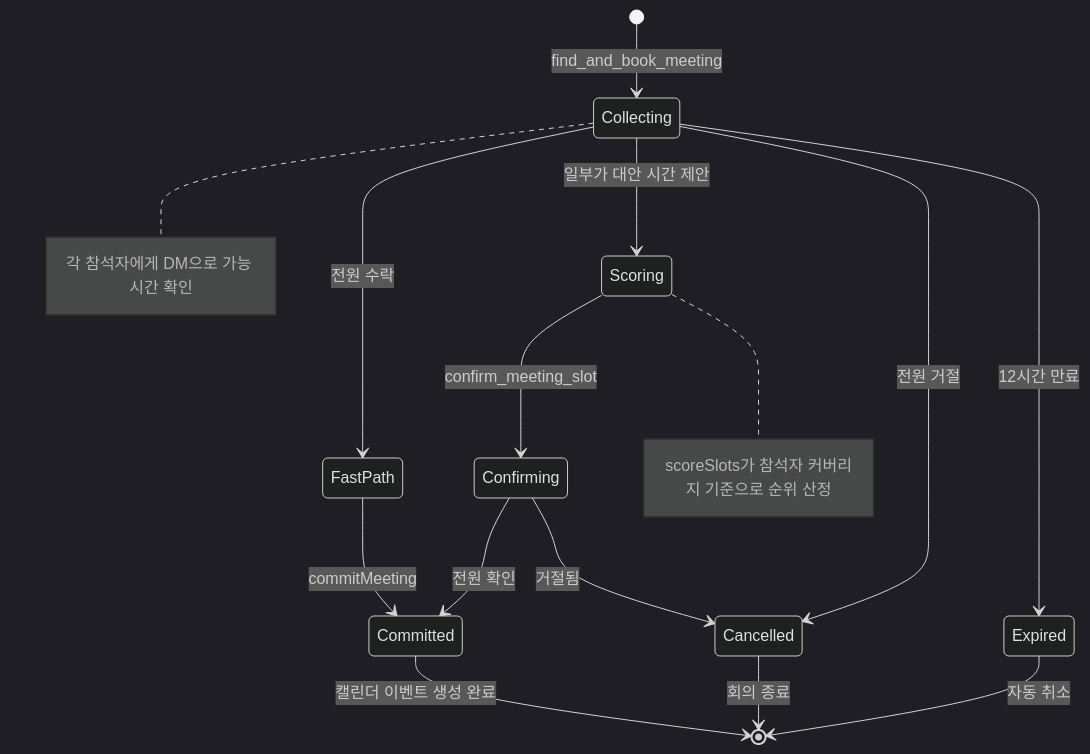
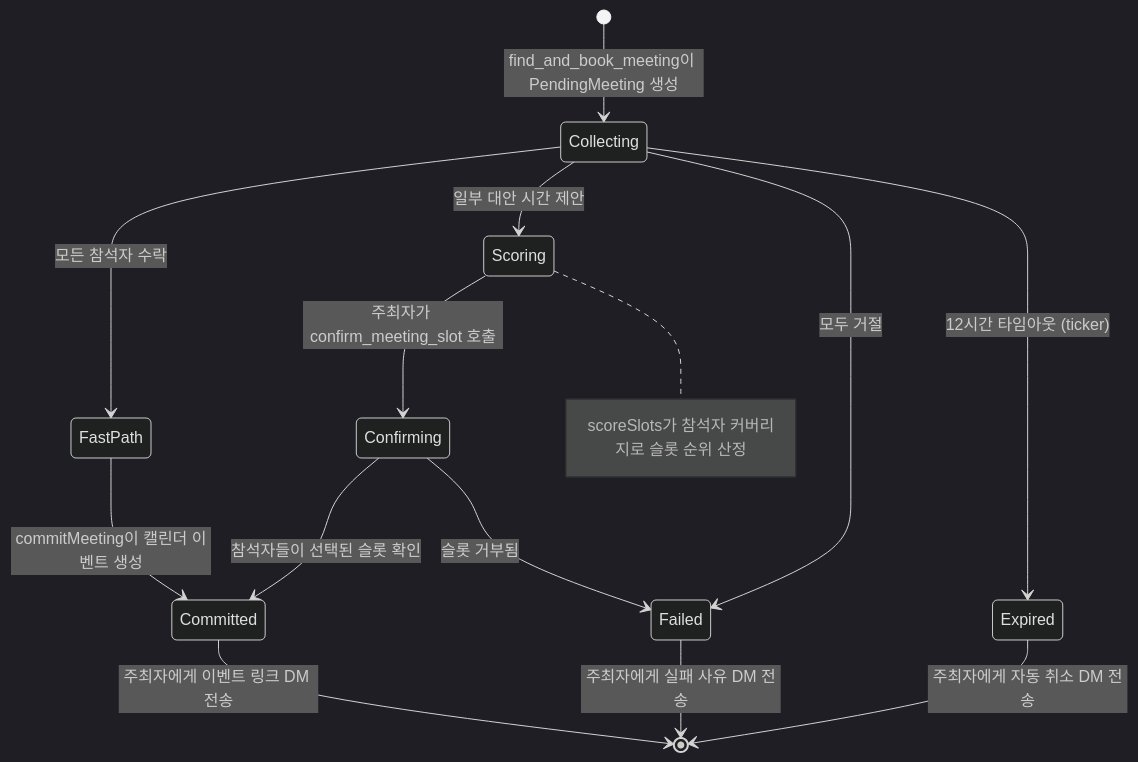
Before and after one commit to javana3/claw_meeting_all: the fifth of 13 diagrams in README.ko.md, drawn with Mermaid (dark theme). The commit also changed other lines of this file and 4 other files, not shown here.

First line of the commit message:
docs: rewrite all 5 READMEs with detailed Plugin/Skill flow + diff

````diff
--- a/README.ko.md
+++ b/README.ko.md
@@ -106,22 +139,21 @@
 ```mermaid
 stateDiagram-v2
-    [*] --> Collecting: find_and_book_meeting
-    note right of Collecting: 각 참석자에게 DM으로 가능 시간 확인
+    [*] --> Collecting: find_and_book_meeting이 PendingMeeting 생성
 
-    Collecting --> FastPath: 전원 수락
-    Collecting --> Scoring: 일부가 대안 시간 제안
-    Collecting --> Cancelled: 전원 거절
-    Collecting --> Expired: 12시간 만료
+    Collecting --> FastPath: 모든 참석자 수락
+    Collecting --> Scoring: 일부 대안 시간 제안
+    Collecting --> Failed: 모두 거절
+    Collecting --> Expired: 12시간 타임아웃 (ticker)
 
-    FastPath --> Committed: commitMeeting
+    FastPath --> Committed: commitMeeting이 캘린더 이벤트 생성
 
-    Scoring --> Confirming: confirm_meeting_slot
-    note right of Scoring: scoreSlots가 참석자 커버리지 기준으로 순위 산정
+    Scoring --> Confirming: 주최자가 confirm_meeting_slot 호출
+    note right of Scoring: scoreSlots가 참석자 커버리지로 슬롯 순위 산정
 
-    Confirming --> Committed: 전원 확인
-    Confirming --> Cancelled: 거절됨
+    Confirming --> Committed: 참석자들이 선택된 슬롯 확인
+    Confirming --> Failed: 슬롯 거부됨
 
-    Committed --> [*]: 캘린더 이벤트 생성 완료
-    Cancelled --> [*]: 회의 종료
-    Expired --> [*]: 자동 취소
+    Committed --> [*]: 주최자에게 이벤트 링크 DM 전송
+    Failed --> [*]: 주최자에게 실패 사유 DM 전송
+    Expired --> [*]: 주최자에게 자동 취소 DM 전송
 ```
````
